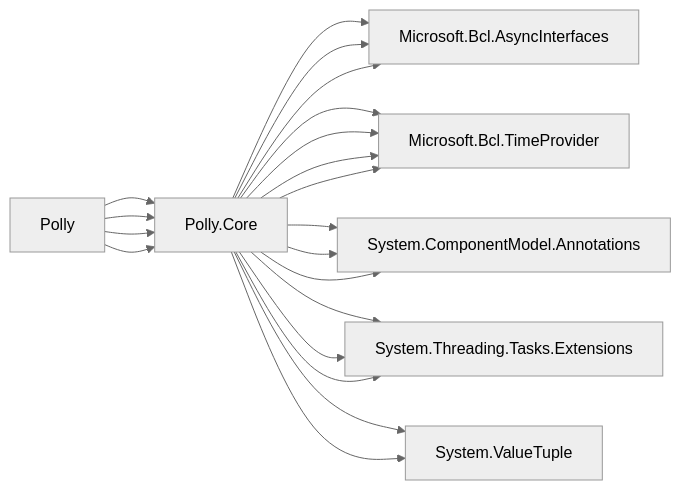
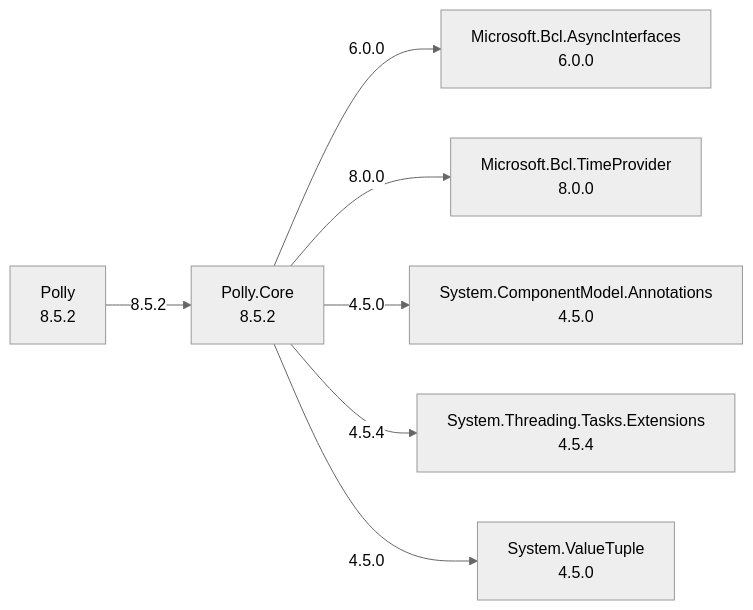
The diagram in examples/visualizations/real/polly_8_5_2.mmd (liluar/config-management-practice-2), drawn with Mermaid (neutral theme) before and after one commit. The commit also changed 18 other files, not shown here.

```diff
--- a/examples/visualizations/real/polly_8_5_2.mmd
+++ b/examples/visualizations/real/polly_8_5_2.mmd
@@ -1,27 +1,14 @@
 flowchart LR
-    N0["Polly"]
-    N1["Polly.Core"]
-    N2["Microsoft.Bcl.AsyncInterfaces"]
-    N3["Microsoft.Bcl.TimeProvider"]
-    N4["System.ComponentModel.Annotations"]
-    N5["System.Threading.Tasks.Extensions"]
-    N6["System.ValueTuple"]
-    N0 --> N1
-    N0 --> N1
-    N0 --> N1
-    N0 --> N1
-    N1 --> N2
-    N1 --> N3
-    N1 --> N4
-    N1 --> N5
-    N1 --> N6
-    N1 --> N2
-    N1 --> N3
-    N1 --> N4
-    N1 --> N5
-    N1 --> N6
-    N1 --> N3
-    N1 --> N2
-    N1 --> N3
-    N1 --> N4
-    N1 --> N5
+    N0["Polly<br/>8.5.2"]
+    N1["Polly.Core<br/>8.5.2"]
+    N2["Microsoft.Bcl.AsyncInterfaces<br/>6.0.0"]
+    N3["Microsoft.Bcl.TimeProvider<br/>8.0.0"]
+    N4["System.ComponentModel.Annotations<br/>4.5.0"]
+    N5["System.Threading.Tasks.Extensions<br/>4.5.4"]
+    N6["System.ValueTuple<br/>4.5.0"]
+    N0 -->|8.5.2| N1
+    N1 -->|6.0.0| N2
+    N1 -->|8.0.0| N3
+    N1 -->|4.5.0| N4
+    N1 -->|4.5.4| N5
+    N1 -->|4.5.0| N6
```
